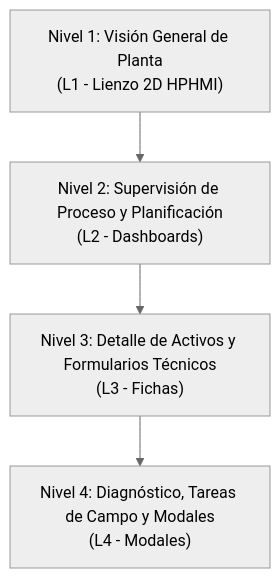
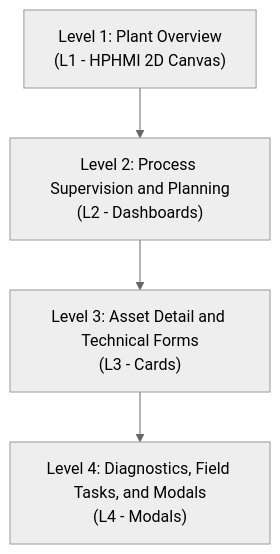
Before and after one commit to Novav20/adso-dteam-docs: the second of 6 diagrams in ui-ux/DT-UI-NAV-DOC-001.md, drawn with Mermaid (neutral theme). The commit also changed other lines of this file, not shown here.

````diff
--- a/ui-ux/DT-UI-NAV-DOC-001.md
+++ b/ui-ux/DT-UI-NAV-DOC-001.md
@@ -64,11 +64,11 @@
 ```mermaid
 graph TD
-    L1["Nivel 1: Visión General de Planta<br/>(L1 - Lienzo 2D HPHMI)"]
-    L2["Nivel 2: Supervisión de Proceso y Planificación<br/>(L2 - Dashboards)"]
-    L3["Nivel 3: Detalle de Activos y Formularios Técnicos<br/>(L3 - Fichas)"]
-    L4["Nivel 4: Diagnóstico, Tareas de Campo y Modales<br/>(L4 - Modales)"]
+    L1["Level 1: Plant Overview<br/>(L1 - HPHMI 2D Canvas)"]
+    L2["Level 2: Process Supervision and Planning<br/>(L2 - Dashboards)"]
+    L3["Level 3: Asset Detail and Technical Forms<br/>(L3 - Cards)"]
+    L4["Level 4: Diagnostics, Field Tasks, and Modals<br/>(L4 - Modals)"]
 
     L1 --> L2
     L2 --> L3
     L3 --> L4
 ```
````
